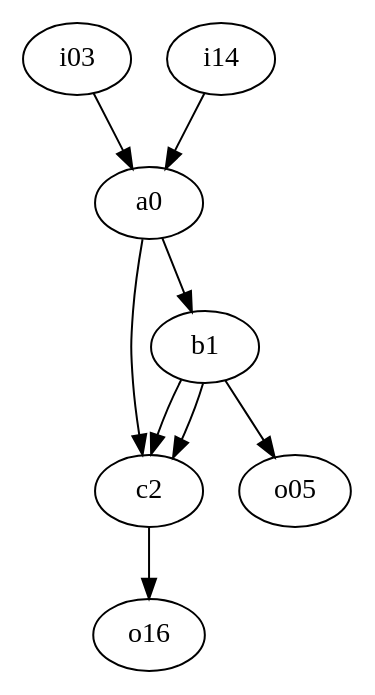
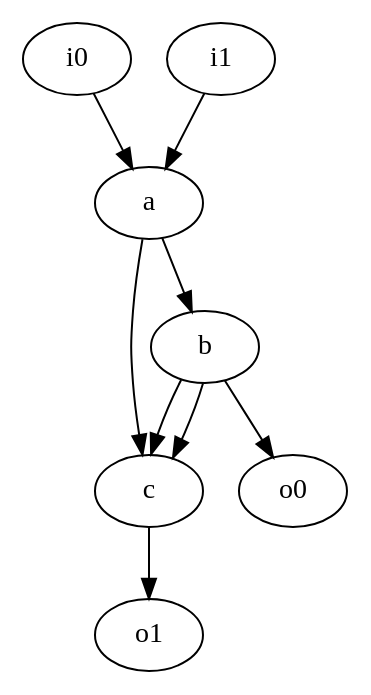
Before and after one commit to LSCRSL/Graph: the diagram in graph.dot, drawn with Graphviz. The commit also changed 4 other files, not shown here.

```diff
--- a/graph.dot
+++ b/graph.dot
@@ -1,17 +1,17 @@
 digraph G{
-   0 [label=a0,input=-1,output=-1];
-   1 [label=b1,input=-1,output=-1];
-   2 [label=c2,input=-1,output=-1];
-   3 [label=i03,input=0,output=-1];
-   4 [label=i14,input=1,output=-1];
-   5 [label=o05,input=-1,output=0];
-   6 [label=o16,input=-1,output=1];
+   0 [label=a,input=-1,output=-1];
+   1 [label=b,input=-1,output=-1];
+   2 [label=c,input=-1,output=-1];
+   3 [label=i0,input=0,output=-1];
+   4 [label=i1,input=1,output=-1];
+   5 [label=o0,input=-1,output=0];
+   6 [label=o1,input=-1,output=1];
    0 -> 1;
    0 -> 2;
    1 -> 2;
    1 -> 2;
    1 -> 5;
    2 -> 6;
    3 -> 0;
    4 -> 0;
 }
```
